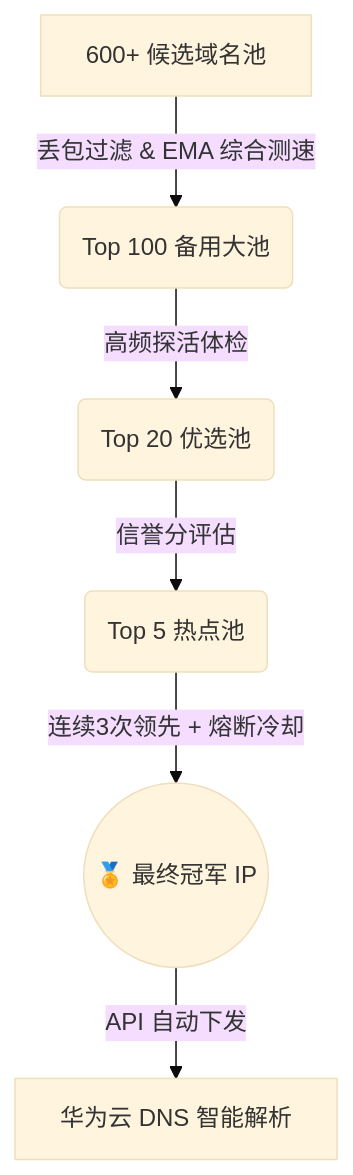
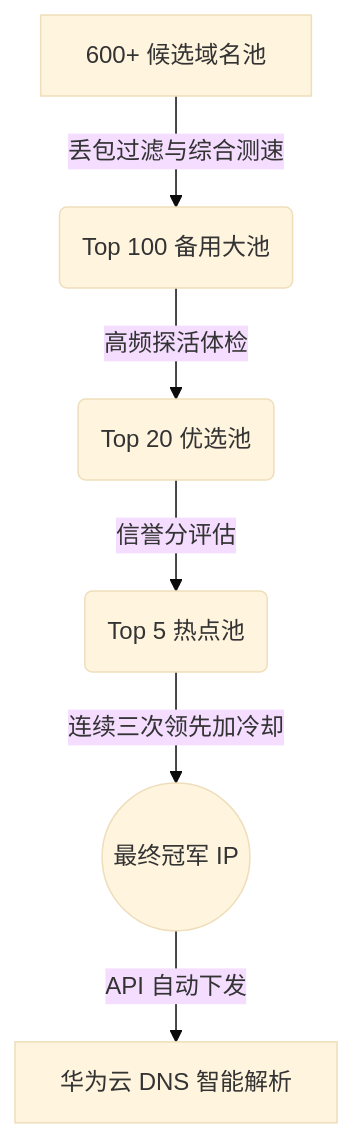
The diagram in README.md (godeluoo1/cf-dns), drawn with Mermaid (base theme) before and after one commit.

Commit message:
fix: 修复 README.md 中 Mermaid 图表的 GitHub 渲染兼容性

````diff
--- a/README.md
+++ b/README.md
@@ -23,8 +23,8 @@
 ```mermaid
 graph TD
-    A[600+ 候选域名池] -->|丢包过滤 & EMA 综合测速| B(Top 100 备用大池)
-    B -->|高频探活体检| C(Top 20 优选池)
-    C -->|信誉分评估| D(Top 5 热点池)
-    D -->|连续3次领先 + 熔断冷却| E((🏅 最终冠军 IP))
-    E -->|API 自动下发| F[华为云 DNS 智能解析]
+    A["600+ 候选域名池"] -->|"丢包过滤与综合测速"| B("Top 100 备用大池")
+    B -->|"高频探活体检"| C("Top 20 优选池")
+    C -->|"信誉分评估"| D("Top 5 热点池")
+    D -->|"连续三次领先加冷却"| E(("最终冠军 IP"))
+    E -->|"API 自动下发"| F["华为云 DNS 智能解析"]
 ```
````
